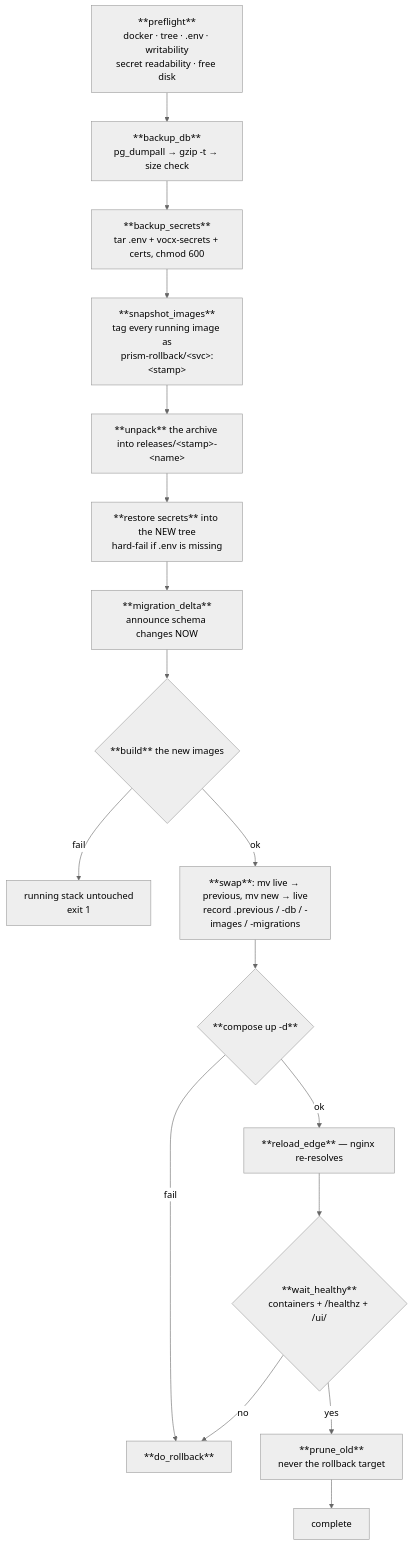
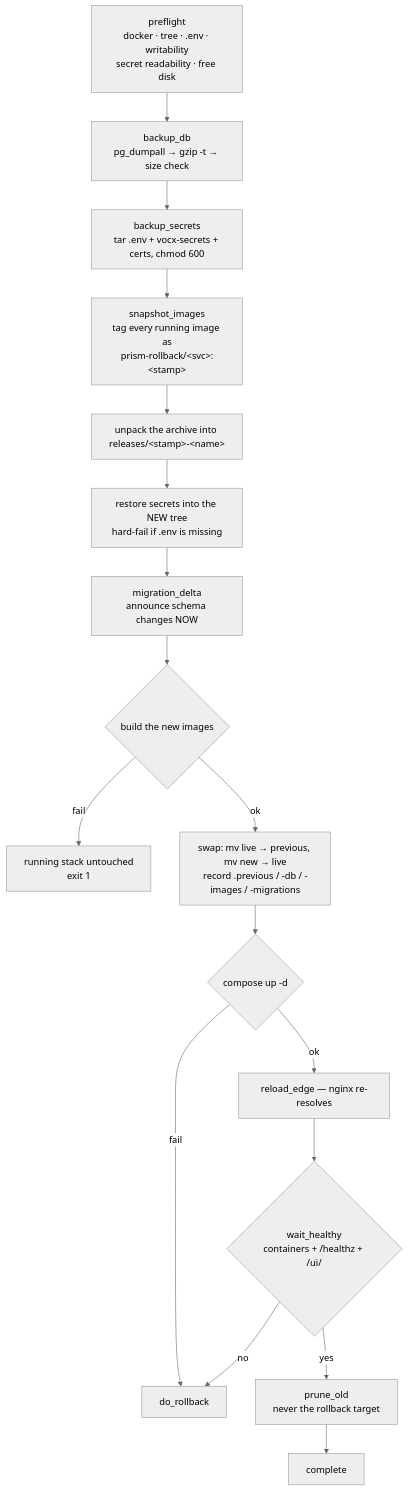
Before and after one commit to shashikanth-vh/vox: the first of 2 diagrams in docs/handbook/10-UPGRADE-ROLLBACK.md, drawn with Mermaid (neutral theme). The commit also changed 11 other files, not shown here.

````diff
--- a/docs/handbook/10-UPGRADE-ROLLBACK.md
+++ b/docs/handbook/10-UPGRADE-ROLLBACK.md
@@ -78,19 +78,19 @@
 ```mermaid
 flowchart TB
-    P["**preflight**<br/>docker · tree · .env · writability<br/>secret readability · free disk"] --> B1
-    B1["**backup_db**<br/>pg_dumpall → gzip -t → size check"] --> B2
-    B2["**backup_secrets**<br/>tar .env + vocx-secrets + certs, chmod 600"] --> B3
-    B3["**snapshot_images**<br/>tag every running image as<br/>prism-rollback/&lt;svc&gt;:&lt;stamp&gt;"] --> U
-    U["**unpack** the archive into releases/&lt;stamp&gt;-&lt;name&gt;"] --> R
-    R["**restore secrets** into the NEW tree<br/>hard-fail if .env is missing"] --> M
-    M["**migration_delta**<br/>announce schema changes NOW"] --> BLD
-    BLD{"**build** the new images"} -->|"fail"| STOP["running stack untouched<br/>exit 1"]
-    BLD -->|"ok"| SW["**swap**: mv live → previous, mv new → live<br/>record .previous / -db / -images / -migrations"]
-    SW --> UP{"**compose up -d**"}
-    UP -->|"fail"| RB["**do_rollback**"]
-    UP -->|"ok"| RE["**reload_edge** — nginx re-resolves"]
-    RE --> H{"**wait_healthy**<br/>containers + /healthz + /ui/"}
+    P["preflight<br/>docker · tree · .env · writability<br/>secret readability · free disk"] --> B1
+    B1["backup_db<br/>pg_dumpall → gzip -t → size check"] --> B2
+    B2["backup_secrets<br/>tar .env + vocx-secrets + certs, chmod 600"] --> B3
+    B3["snapshot_images<br/>tag every running image as<br/>prism-rollback/&lt;svc&gt;:&lt;stamp&gt;"] --> U
+    U["unpack the archive into releases/&lt;stamp&gt;-&lt;name&gt;"] --> R
+    R["restore secrets into the NEW tree<br/>hard-fail if .env is missing"] --> M
+    M["migration_delta<br/>announce schema changes NOW"] --> BLD
+    BLD{"build the new images"} -->|"fail"| STOP["running stack untouched<br/>exit 1"]
+    BLD -->|"ok"| SW["swap: mv live → previous, mv new → live<br/>record .previous / -db / -images / -migrations"]
+    SW --> UP{"compose up -d"}
+    UP -->|"fail"| RB["do_rollback"]
+    UP -->|"ok"| RE["reload_edge — nginx re-resolves"]
+    RE --> H{"wait_healthy<br/>containers + /healthz + /ui/"}
     H -->|"no"| RB
-    H -->|"yes"| PR["**prune_old**<br/>never the rollback target"]
+    H -->|"yes"| PR["prune_old<br/>never the rollback target"]
     PR --> DONE["complete"]
 ```
````
